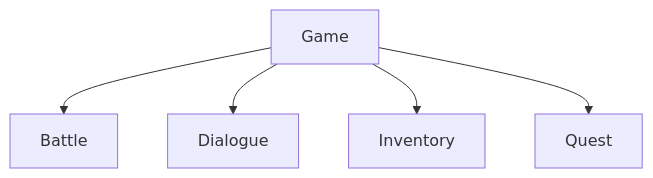
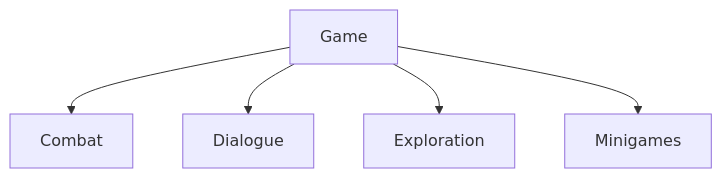
One commit to chainsawlad-Org/ChainSaw_Leg changed the diagram in Docs/Eng/ArchitectureAtlas/07_Features.md. Above: the diagram before and after it, drawn with Mermaid. The commit also changed other lines of this file and 29 other files, not shown here.

````diff
--- a/Docs/Eng/ArchitectureAtlas/07_Features.md
+++ b/Docs/Eng/ArchitectureAtlas/07_Features.md
@@ -65,18 +70,18 @@
 ```mermaid
 flowchart TD
 
 Game
 
-Battle
+Combat
 
 Dialogue
 
-Inventory
+Exploration
 
-Quest
+Minigames
 
-Game --> Battle
+Game --> Combat
 Game --> Dialogue
-Game --> Inventory
-Game --> Quest
+Game --> Exploration
+Game --> Minigames
 ```
````
